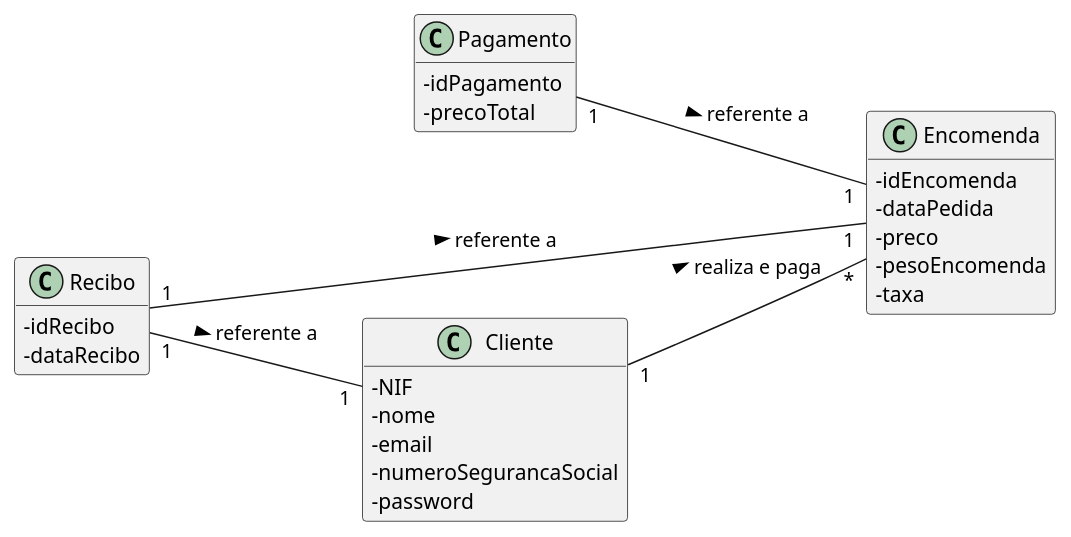
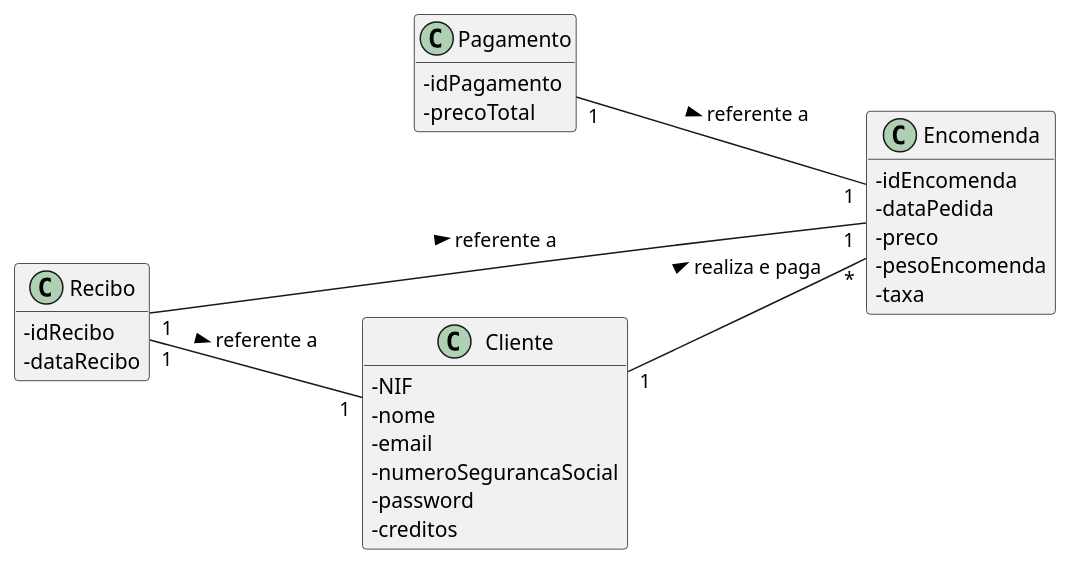
The diagram in docs/UC27/MD.puml (pedrolemos4/LAPR3), drawn with PlantUML before and after one commit. The commit also changed 14 other files, not shown here.

```diff
--- a/docs/UC27/MD.puml
+++ b/docs/UC27/MD.puml
@@ -1,38 +1,39 @@
 @startuml
 skinparam classAttributeIconSize 0
 hide methods
 left to right direction
 
 class Pagamento {
   -idPagamento
   -precoTotal
 }
 
 class Recibo {
   -idRecibo
   -dataRecibo
 }
 
 class Encomenda {
   -idEncomenda
   -dataPedida
   -preco
   -pesoEncomenda
   -taxa
 }
 
 class Cliente {
   -NIF
   -nome
   -email
   -numeroSegurancaSocial
   -password
+  -creditos
 }
 
 Cliente "1" -- "*" Encomenda: realiza e paga >
 Recibo "1" -- "1" Encomenda: referente a >
 Recibo "1" -- "1" Cliente: referente a >
 Pagamento "1" -- "1" Encomenda: referente a >
 
 
 @enduml
```
